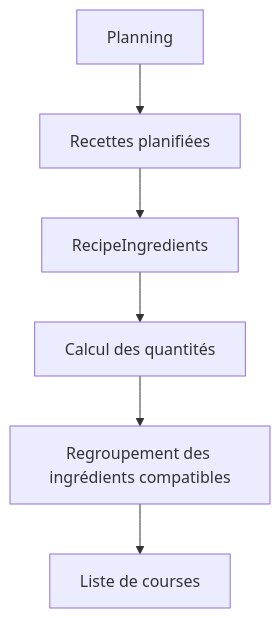
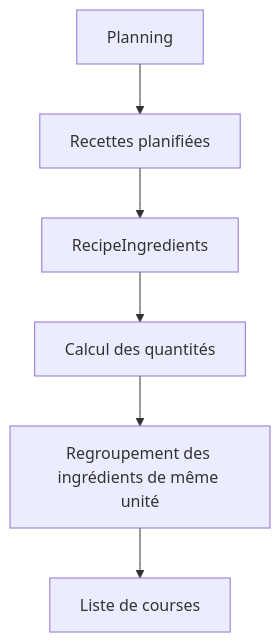
The third of 3 diagrams in documentation/conception.md (Hanari10/Supmeal), drawn with Mermaid before and after one commit. The commit also changed other lines of this file and 19 other files, not shown here.

````diff
--- a/documentation/conception.md
+++ b/documentation/conception.md
@@ -894,14 +959,13 @@
 ```mermaid
 flowchart TD
 
     P[Planning]
     P --> R[Recettes planifiées]
 
     R --> RI[RecipeIngredients]
-
     RI --> Q[Calcul des quantités]
 
-    Q --> G[Regroupement des ingrédients compatibles]
+    Q --> G[Regroupement des ingrédients de même unité]
 
     G --> S[Liste de courses]
 ```
````
